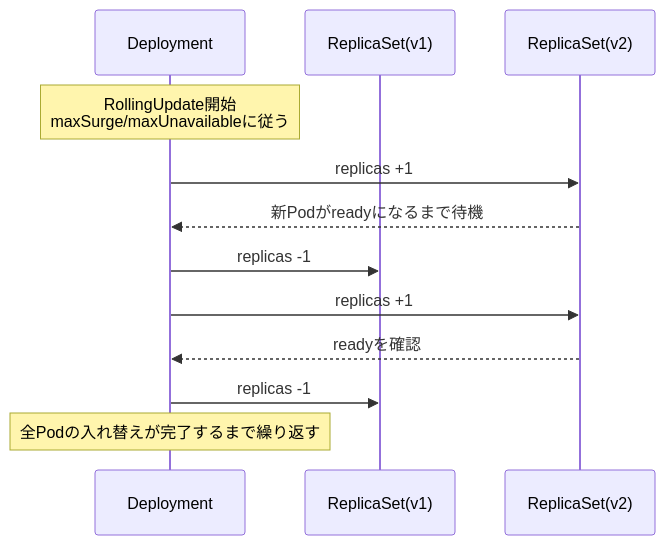
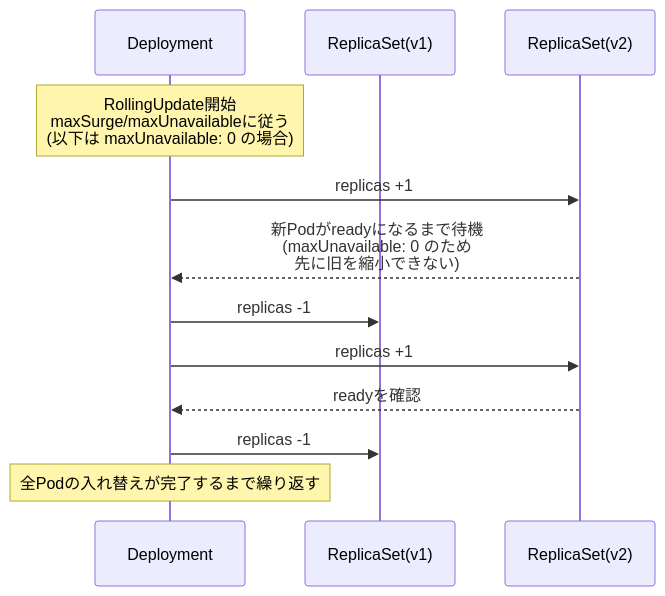
One commit to myoshi2891/Cloud-Infrastructure-Studies changed diagram 28 of 41 in Kubernetes-in-Action.md. Above: the diagram before and after it, drawn with Mermaid. The commit also changed other lines of this file, not shown here.

Commit message:
docs(k8s): refine Pod Running phase definition, RollingUpdate surge logic, and DRA terminology

````diff
--- a/Kubernetes-in-Action.md
+++ b/Kubernetes-in-Action.md
@@ -898,15 +898,15 @@
 ```mermaid
 sequenceDiagram
     participant D as Deployment
     participant RSOLD as ReplicaSet(v1)
     participant RSNEW as ReplicaSet(v2)
 
-    Note over D: RollingUpdate開始<br/>maxSurge/maxUnavailableに従う
+    Note over D: RollingUpdate開始<br/>maxSurge/maxUnavailableに従う<br/>(以下は maxUnavailable: 0 の場合)
     D->>RSNEW: replicas +1
-    RSNEW-->>D: 新Podがreadyになるまで待機
+    RSNEW-->>D: 新Podがreadyになるまで待機<br/>(maxUnavailable: 0 のため<br/>先に旧を縮小できない)
     D->>RSOLD: replicas -1
     D->>RSNEW: replicas +1
     RSNEW-->>D: readyを確認
     D->>RSOLD: replicas -1
     Note over D: 全Podの入れ替えが完了するまで繰り返す
 ```
````
